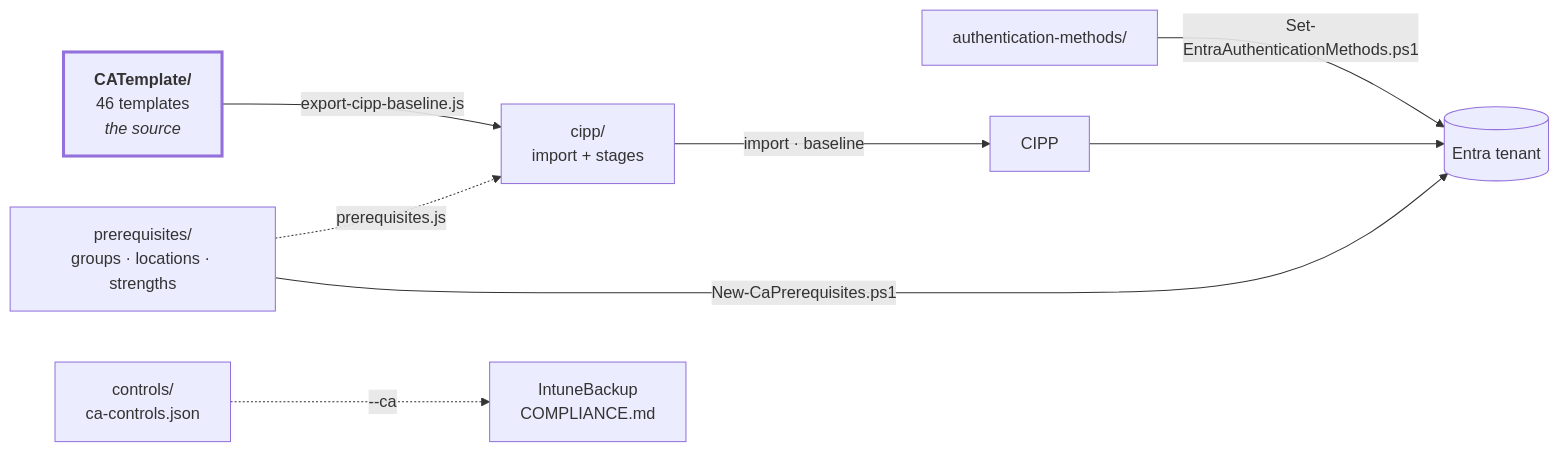
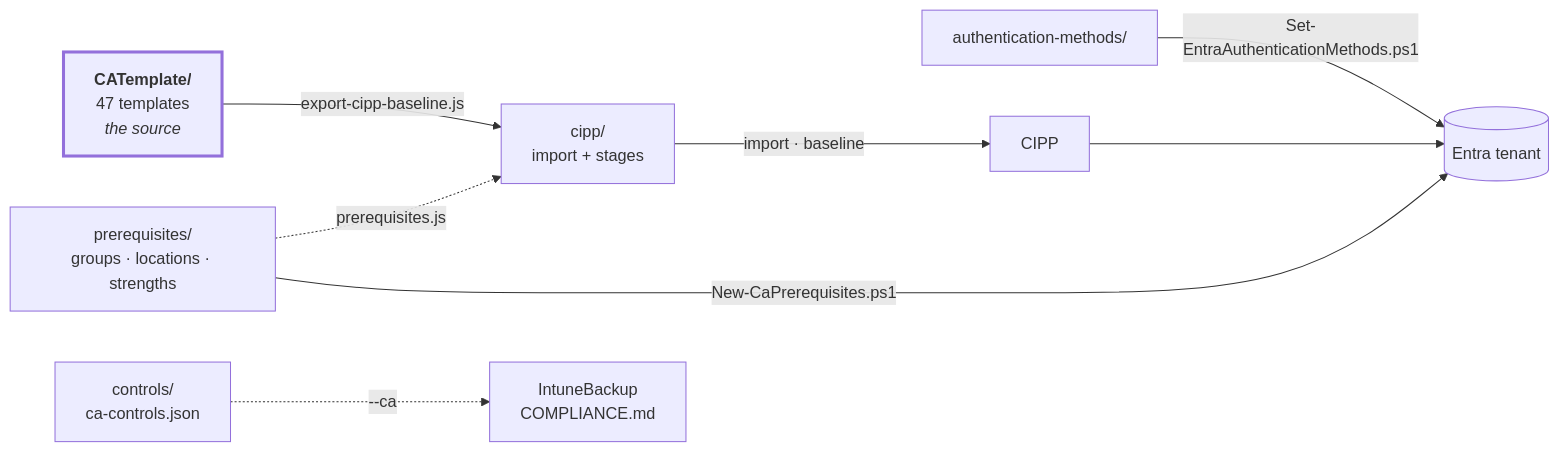
One commit to sjkanon/CA-Policies changed the diagram in README.en.md. Above: the diagram before and after it, drawn with Mermaid. The commit also changed other lines of this file and 39 other files, not shown here.

````diff
--- a/README.en.md
+++ b/README.en.md
@@ -10,19 +10,19 @@
 ```mermaid
 flowchart LR
-  T["<b>CATemplate/</b><br/>46 templates<br/><i>the source</i>"]
+  T["<b>CATemplate/</b><br/>47 templates<br/><i>the source</i>"]
   P["prerequisites/<br/>groups · locations · strengths"]
   C["controls/<br/>ca-controls.json"]
   A["authentication-methods/"]
   X["cipp/<br/>import + stages"]
   TEN[("Entra tenant")]
 
   T -->|export-cipp-baseline.js| X
   P -.->|prerequisites.js| X
   X -->|import · baseline| CIPP[CIPP]
   CIPP --> TEN
   P -->|New-CaPrerequisites.ps1| TEN
   A -->|Set-EntraAuthenticationMethods.ps1| TEN
   C -.->|--ca| IB["IntuneBackup<br/>COMPLIANCE.md"]
 
   style T stroke-width:3px
 ```
````
